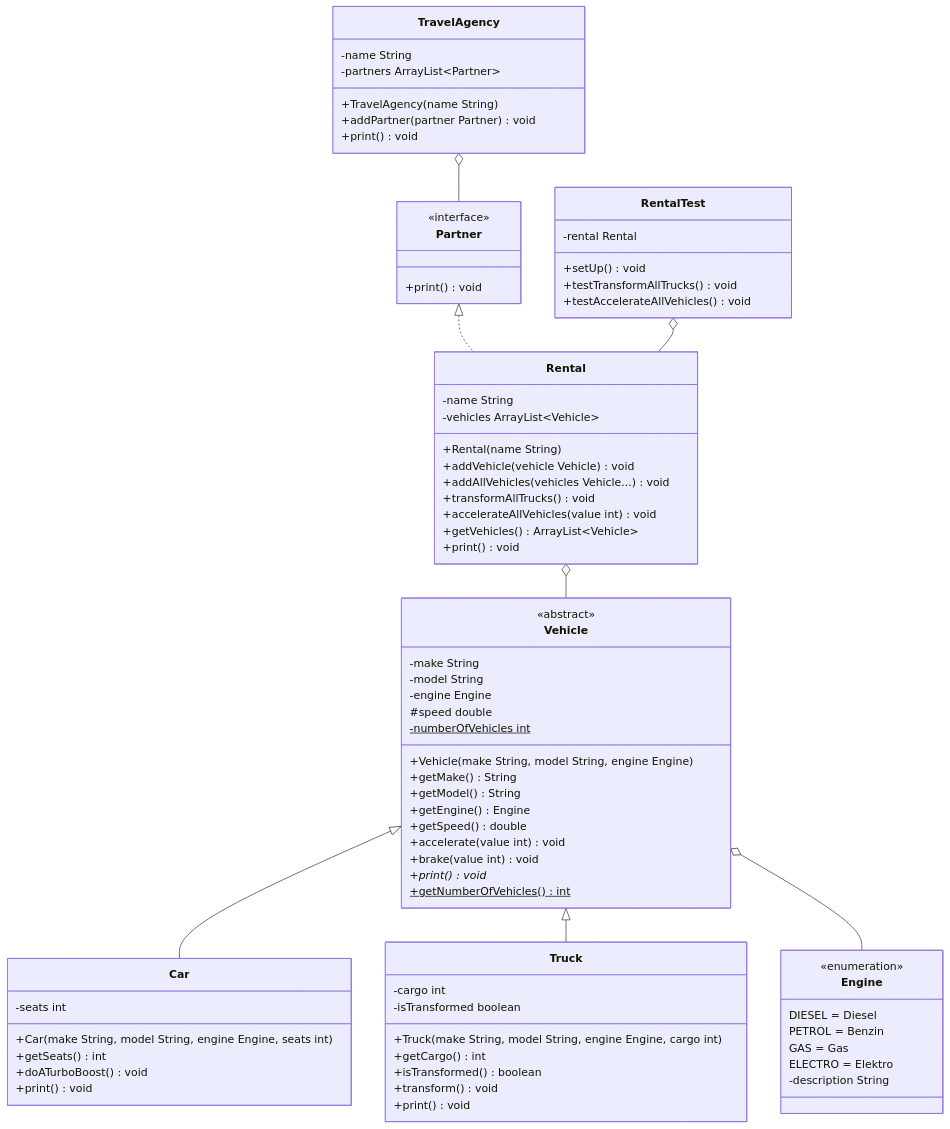
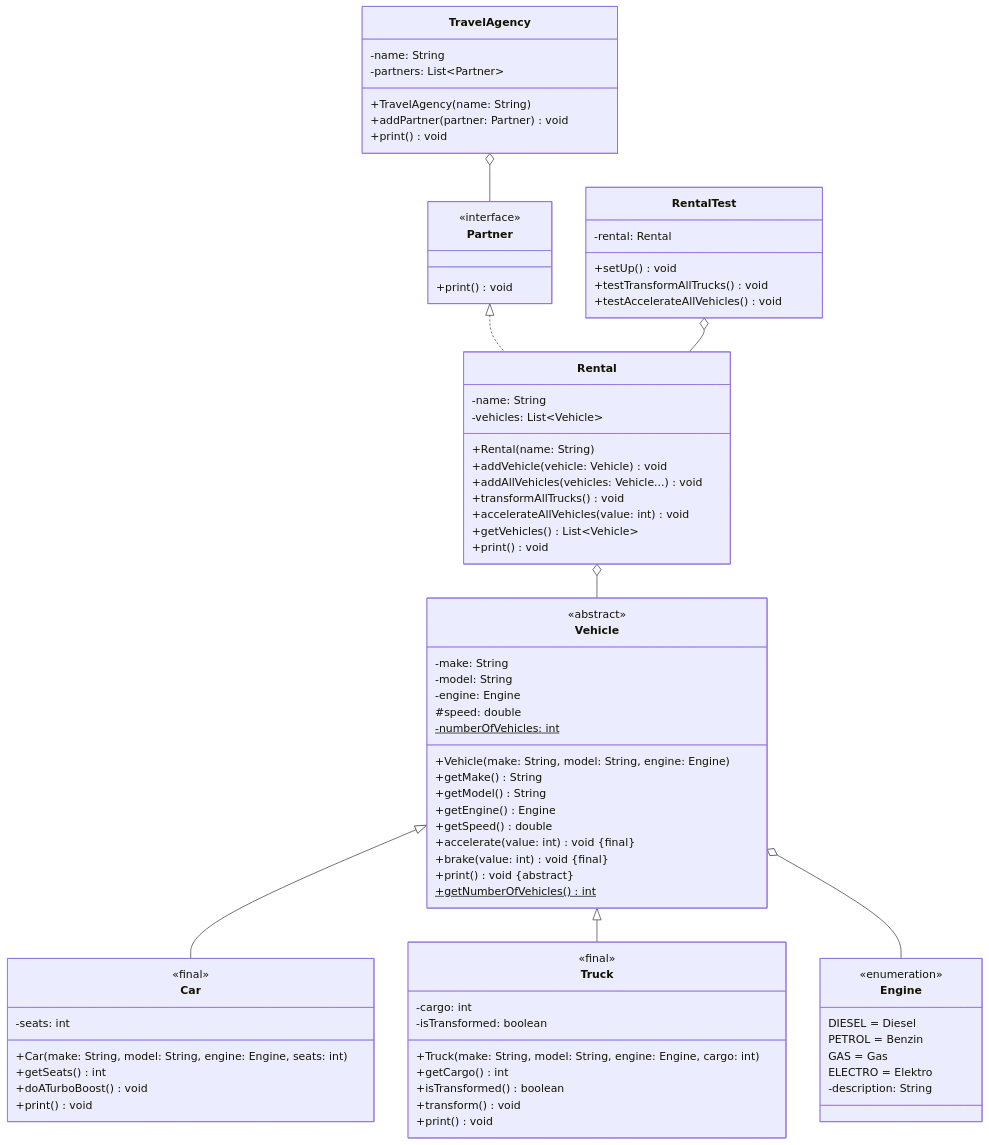
The diagram in docs/exercises/unit-tests/unit-tests02.md (jappuccini/java-docs), drawn with Mermaid before and after one commit. The commit also changed other lines of this file and 76 other files, not shown here.

Commit message:
uml fixes (colons, properties), headline fixes (italic) and exam result updates

```diff
--- a/docs/exercises/unit-tests/unit-tests02.md
+++ b/docs/exercises/unit-tests/unit-tests02.md
@@ -21,19 +21,19 @@
 
     class Vehicle {
         <<abstract>>
-        -make String
-        -model String
-        -engine Engine
-        #speed double
-        -numberOfVehicles int$
-        +Vehicle(make String, model String, engine Engine)
+        -make: String
+        -model: String
+        -engine: Engine
+        #speed: double
+        -numberOfVehicles: int$
+        +Vehicle(make: String, model: String, engine: Engine)
         +getMake() String
         +getModel() String
         +getEngine() Engine
         +getSpeed() double
-        +accelerate(value int) void
-        +brake(value int) void
-        +print()* void
+        +accelerate(value: int) void &#123final&#125
+        +brake(value: int) void &#123final&#125
+        +print() void &#123abstract&#125
         +getNumberOfVehicles()$ int
     }
 
@@ -43,21 +43,23 @@
         PETROL = Benzin
         GAS = Gas
         ELECTRO = Elektro
-        -description String
+        -description: String
     }
 
     class Car {
-        -seats int
-        +Car(make String, model String, engine Engine, seats int)
+        <<final>>
+        -seats: int
+        +Car(make: String, model: String, engine: Engine, seats: int)
         +getSeats() int
         +doATurboBoost() void
         +print() void
     }
 
     class Truck {
-        -cargo int
-        -isTransformed boolean
-        +Truck(make String, model String, engine Engine, cargo int)
+        <<final>>
+        -cargo: int
+        -isTransformed: boolean
+        +Truck(make: String, model: String, engine: Engine, cargo: int)
         +getCargo() int
         +isTransformed() boolean
         +transform() void
@@ -65,14 +67,14 @@
     }
 
     class Rental {
-        -name String
-        -vehicles ArrayList~Vehicle~
-        +Rental(name String)
-        +addVehicle(vehicle Vehicle) void
-        +addAllVehicles(vehicles Vehicle...) void
+        -name: String
+        -vehicles: List~Vehicle~
+        +Rental(name: String)
+        +addVehicle(vehicle: Vehicle) void
+        +addAllVehicles(vehicles: Vehicle...) void
         +transformAllTrucks() void
-        +accelerateAllVehicles(value int) void
-        +getVehicles() ArrayList~Vehicle~
+        +accelerateAllVehicles(value: int) void
+        +getVehicles() List~Vehicle~
         +print() void
     }
 
@@ -82,15 +84,15 @@
     }
 
     class TravelAgency {
-        -name String
-        -partners ArrayList~Partner~
-        +TravelAgency(name String)
-        +addPartner(partner Partner) void
+        -name: String
+        -partners: List~Partner~
+        +TravelAgency(name: String)
+        +addPartner(partner: Partner) void
         +print() void
     }
 
     class RentalTest {
-        -rental Rental
+        -rental: Rental
         +setUp() void
         +testTransformAllTrucks() void
         +testAccelerateAllVehicles() void
```
